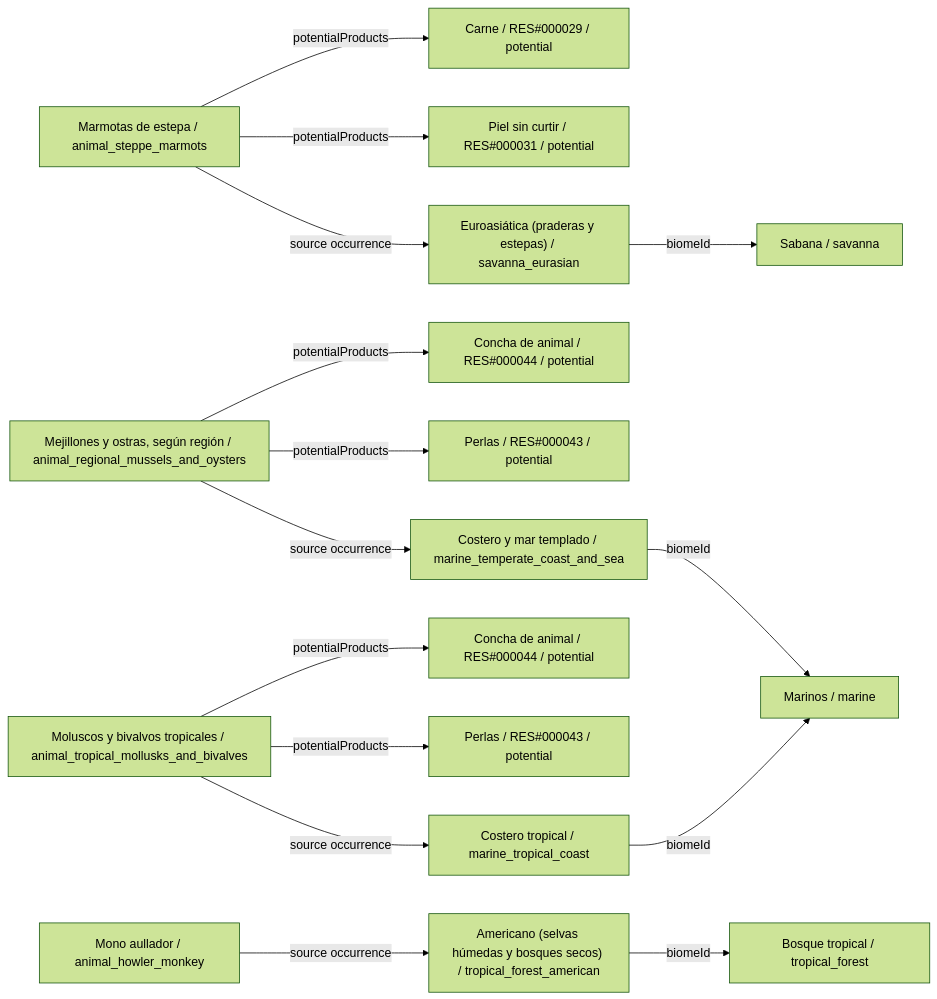
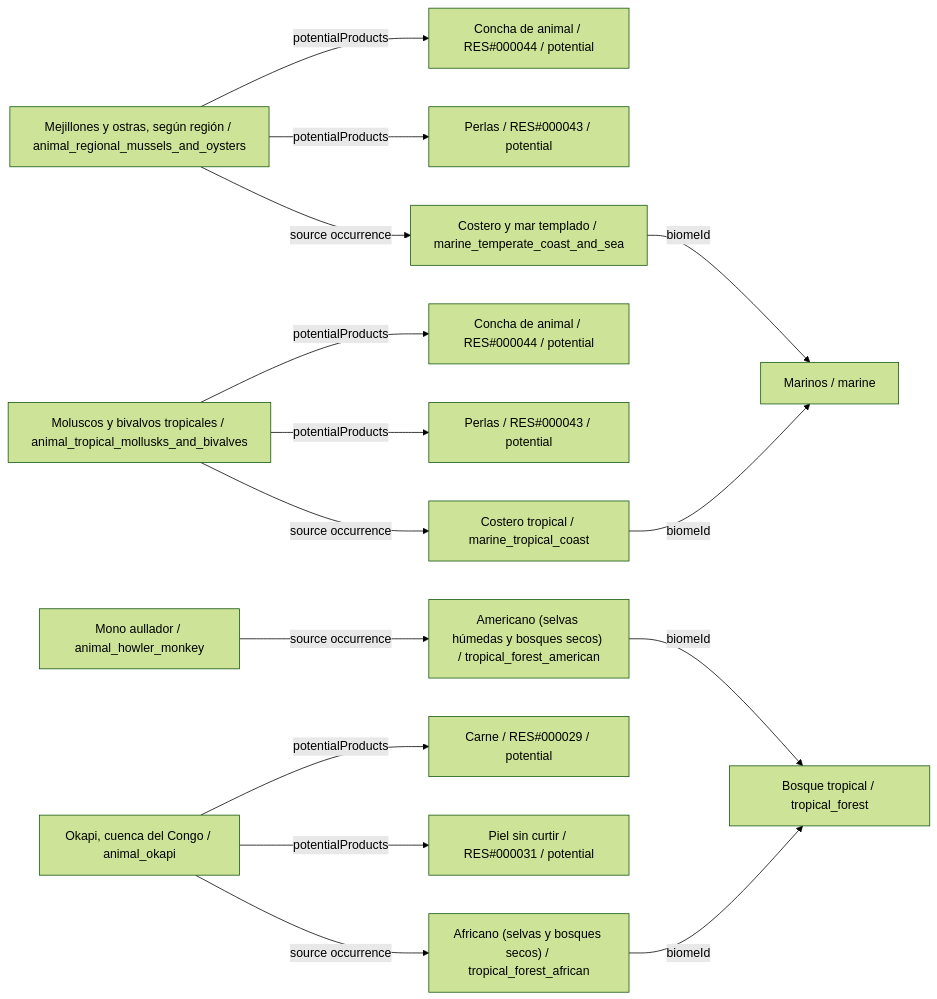
One commit to fgabo404/EvolveDoc changed diagram 16 of 26 in data/animals/DIAGRAMS.es.md. Above: the diagram before and after it, drawn with Mermaid (forest theme). The commit also changed other lines of this file and 59 other files, not shown here.

````diff
--- a/data/animals/DIAGRAMS.es.md
+++ b/data/animals/DIAGRAMS.es.md
@@ -943,34 +783,33 @@
 ```mermaid
 flowchart LR
-    c0["Marmotas de estepa / animal_steppe_marmots"]
-    v13["Euroasiática (praderas y estepas) / savanna_eurasian"]
-    b3["Sabana / savanna"]
-    o0_0["Carne / RES#000029 / potential"]
-    o0_1["Piel sin curtir / RES#000031 / potential"]
-    c1["Mejillones y ostras, según región / animal_regional_mussels_and_oysters"]
+    c0["Mejillones y ostras, según región / animal_regional_mussels_and_oysters"]
     v20["Costero y mar templado / marine_temperate_coast_and_sea"]
     b5["Marinos / marine"]
+    o0_0["Concha de animal / RES#000044 / potential"]
+    o0_1["Perlas / RES#000043 / potential"]
+    c1["Moluscos y bivalvos tropicales / animal_tropical_mollusks_and_bivalves"]
+    v19["Costero tropical / marine_tropical_coast"]
     o1_0["Concha de animal / RES#000044 / potential"]
     o1_1["Perlas / RES#000043 / potential"]
-    c2["Moluscos y bivalvos tropicales / animal_tropical_mollusks_and_bivalves"]
-    v19["Costero tropical / marine_tropical_coast"]
-    o2_0["Concha de animal / RES#000044 / potential"]
-    o2_1["Perlas / RES#000043 / potential"]
-    c3["Mono aullador / animal_howler_monkey"]
+    c2["Mono aullador / animal_howler_monkey"]
     v0["Americano (selvas húmedas y bosques secos) / tropical_forest_american"]
     b0["Bosque tropical / tropical_forest"]
+    c3["Okapi, cuenca del Congo / animal_okapi"]
+    v1["Africano (selvas y bosques secos) / tropical_forest_african"]
+    o3_0["Carne / RES#000029 / potential"]
+    o3_1["Piel sin curtir / RES#000031 / potential"]
     c0 -->|potentialProducts| o0_0
     c0 -->|potentialProducts| o0_1
-    c0 -->|source occurrence| v13
+    c0 -->|source occurrence| v20
     c1 -->|potentialProducts| o1_0
     c1 -->|potentialProducts| o1_1
-    c1 -->|source occurrence| v20
-    c2 -->|potentialProducts| o2_0
-    c2 -->|potentialProducts| o2_1
-    c2 -->|source occurrence| v19
-    c3 -->|source occurrence| v0
+    c1 -->|source occurrence| v19
+    c2 -->|source occurrence| v0
+    c3 -->|potentialProducts| o3_0
+    c3 -->|potentialProducts| o3_1
+    c3 -->|source occurrence| v1
     v0 -->|biomeId| b0
-    v13 -->|biomeId| b3
+    v1 -->|biomeId| b0
     v19 -->|biomeId| b5
     v20 -->|biomeId| b5
 ```
````
